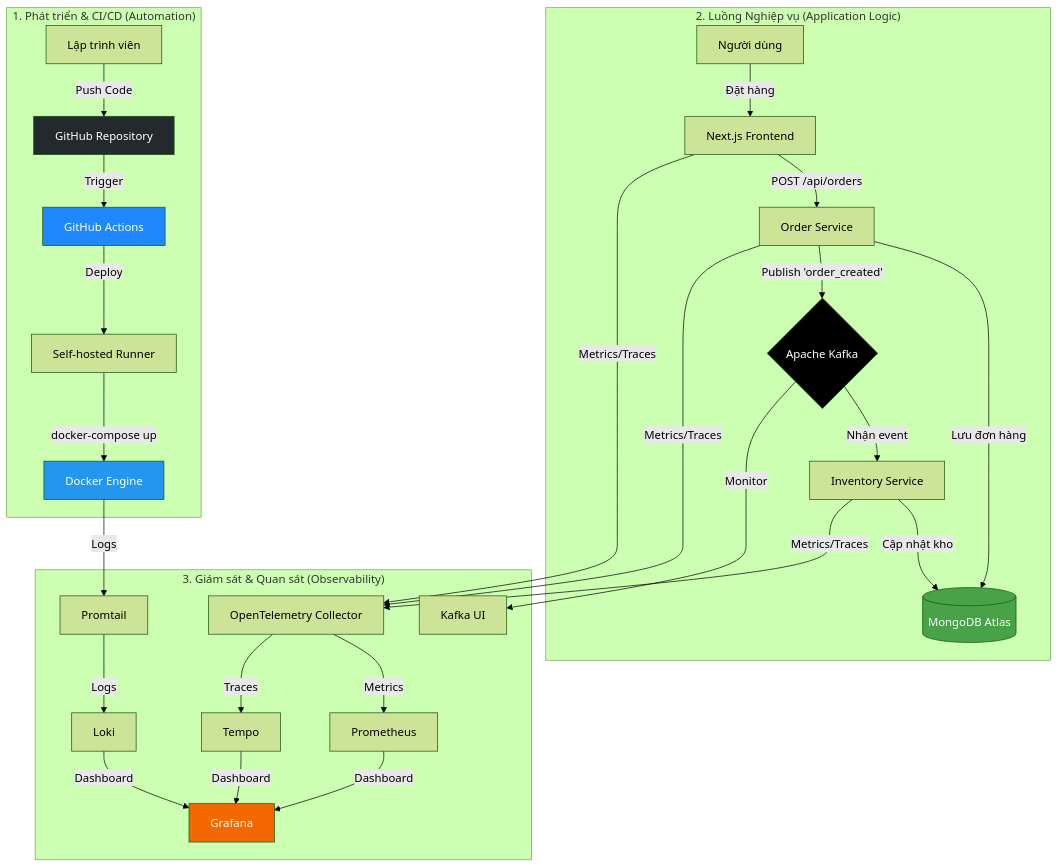
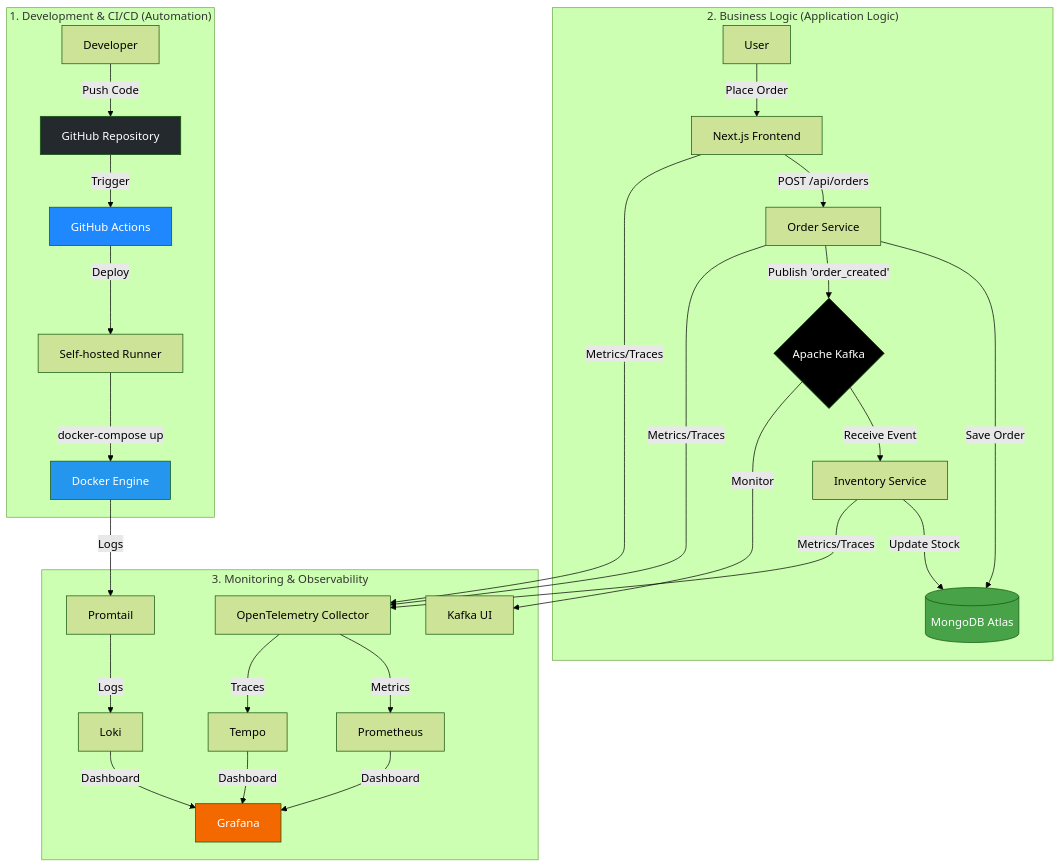
Before and after one commit to phatle224/micro_books: the diagram in README.md, drawn with Mermaid (forest theme). The commit also changed other lines of this file, not shown here.

````diff
--- a/README.md
+++ b/README.md
@@ -62,36 +66,36 @@
 ```mermaid
 graph TD
-    subgraph "1. Phát triển & CI/CD (Automation)"
-        Dev[Lập trình viên] -- "Push Code" --> GH[GitHub Repository]
+    subgraph "1. Development & CI/CD (Automation)"
+        Dev[Developer] -- "Push Code" --> GH[GitHub Repository]
         GH -- "Trigger" --> GHA[GitHub Actions]
         GHA -- "Deploy" --> SHR[Self-hosted Runner]
         SHR -- "docker-compose up" --> Docker[Docker Engine]
     end
 
-    subgraph "2. Luồng Nghiệp vụ (Application Logic)"
-        User[Người dùng] -- "Đặt hàng" --> Frontend[Next.js Frontend]
+    subgraph "2. Business Logic (Application Logic)"
+        User[User] -- "Place Order" --> Frontend[Next.js Frontend]
         Frontend -- "POST /api/orders" --> OS[Order Service]
-        OS -- "Lưu đơn hàng" --> DB[(MongoDB Atlas)]
+        OS -- "Save Order" --> DB[(MongoDB Atlas)]
         OS -- "Publish 'order_created'" --> Kafka{Apache Kafka}
-        Kafka -- "Nhận event" --> IS[Inventory Service]
-        IS -- "Cập nhật kho" --> DB
+        Kafka -- "Receive Event" --> IS[Inventory Service]
+        IS -- "Update Stock" --> DB
     end
 
-    subgraph "3. Giám sát & Quan sát (Observability)"
+    subgraph "3. Monitoring & Observability"
         OS & IS & Frontend -- "Metrics/Traces" --> OTel[OpenTelemetry Collector]
         OTel -- "Metrics" --> Prom[Prometheus]
         OTel -- "Traces" --> Tempo[Tempo]
         Docker -- "Logs" --> Promtail[Promtail]
         Promtail -- "Logs" --> Loki[Loki]
         Prom & Loki & Tempo -- "Dashboard" --> Grafana[Grafana]
         Kafka -- "Monitor" --> KUI[Kafka UI]
     end
 
     %% Styling
     style GH fill:#24292e,color:#fff
     style Docker fill:#2496ed,color:#fff
     style Kafka fill:#000,color:#fff
     style DB fill:#47a248,color:#fff
     style Grafana fill:#f46800,color:#fff
     style GHA fill:#2088ff,color:#fff
 ```
````
